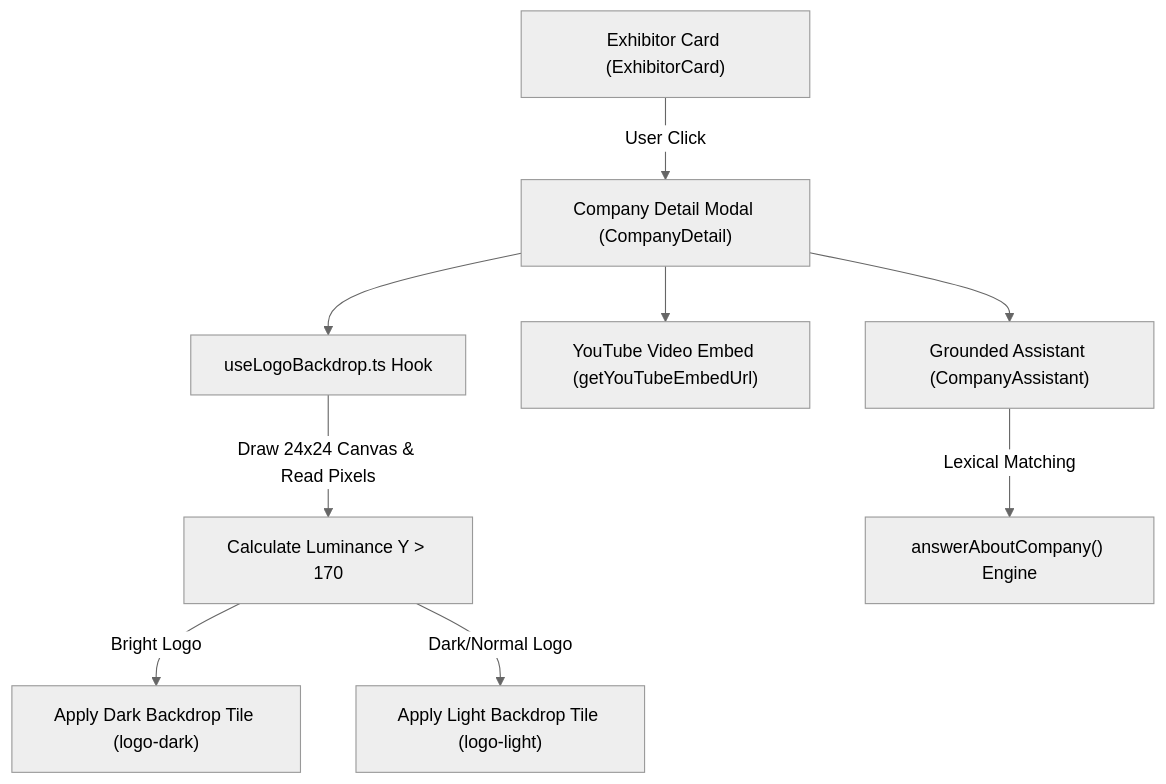
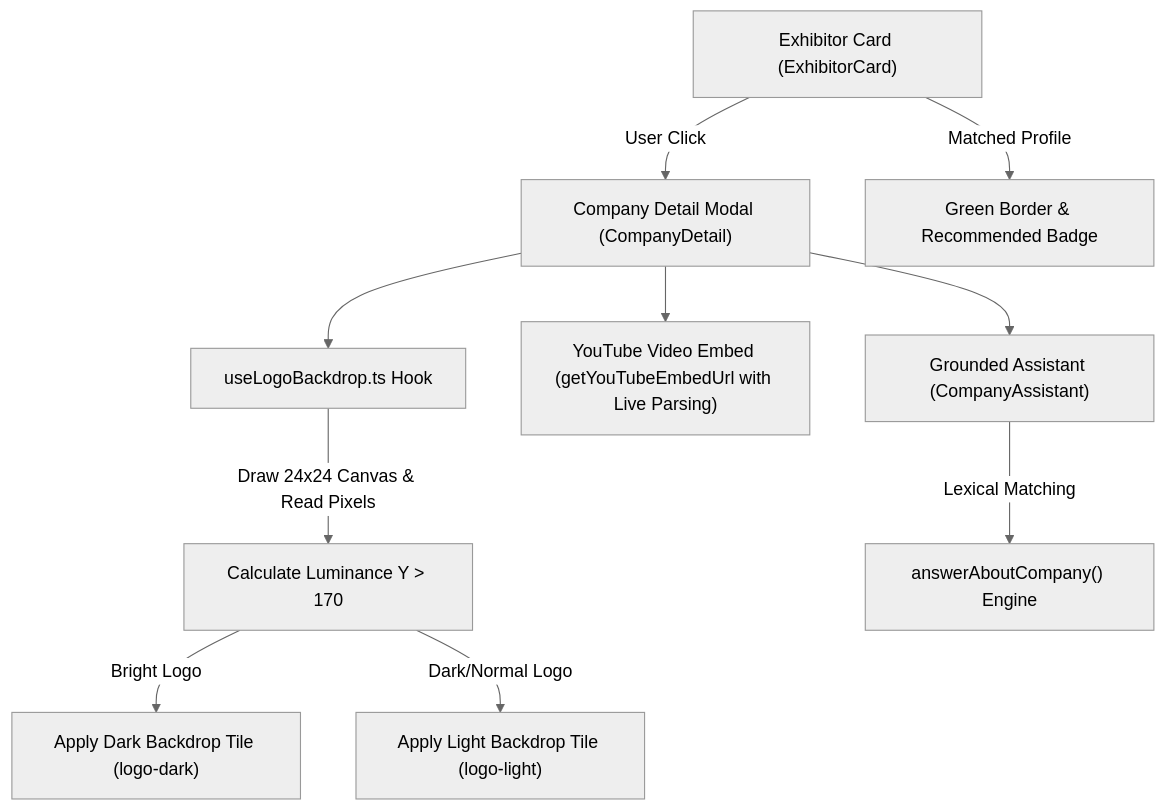
One commit to SooYM/QIU-Industry-Webapp changed the first of 4 diagrams in webapp/docs/FEATURE_MODULES_GUIDE.md. Above: the diagram before and after it, drawn with Mermaid (neutral theme). The commit also changed other lines of this file and 50 other files, not shown here.

````diff
--- a/webapp/docs/FEATURE_MODULES_GUIDE.md
+++ b/webapp/docs/FEATURE_MODULES_GUIDE.md
@@ -57,11 +57,12 @@
 ```mermaid
 flowchart TD
     CompanyCard["Exhibitor Card (ExhibitorCard)"] -->|"User Click"| DetailModal["Company Detail Modal (CompanyDetail)"]
     DetailModal --> LogoHook["useLogoBackdrop.ts Hook"]
     LogoHook -->|"Draw 24x24 Canvas & Read Pixels"| LuminanceCalc["Calculate Luminance Y > 170"]
     LuminanceCalc -->|"Bright Logo"| DarkTile["Apply Dark Backdrop Tile (logo-dark)"]
     LuminanceCalc -->|"Dark/Normal Logo"| LightTile["Apply Light Backdrop Tile (logo-light)"]
-    DetailModal --> VideoSection["YouTube Video Embed (getYouTubeEmbedUrl)"]
+    DetailModal --> VideoSection["YouTube Video Embed (getYouTubeEmbedUrl with Live Parsing)"]
     DetailModal --> CompanyAssistant["Grounded Assistant (CompanyAssistant)"]
     CompanyAssistant -->|"Lexical Matching"| AnswerEngine["answerAboutCompany() Engine"]
+    CompanyCard -->|"Matched Profile"| RecommendedBadge["Green Border & Recommended Badge"]
 ```
````
